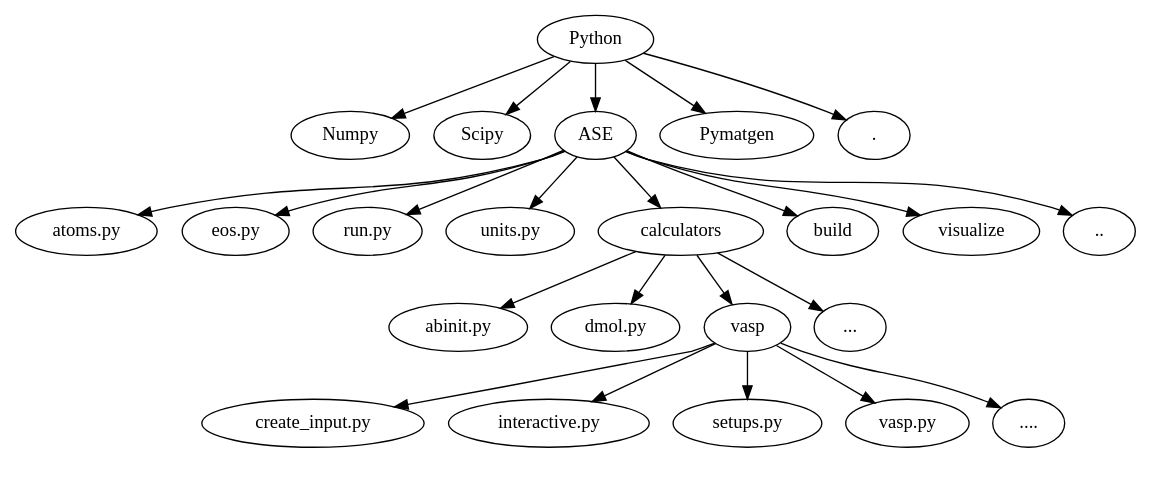
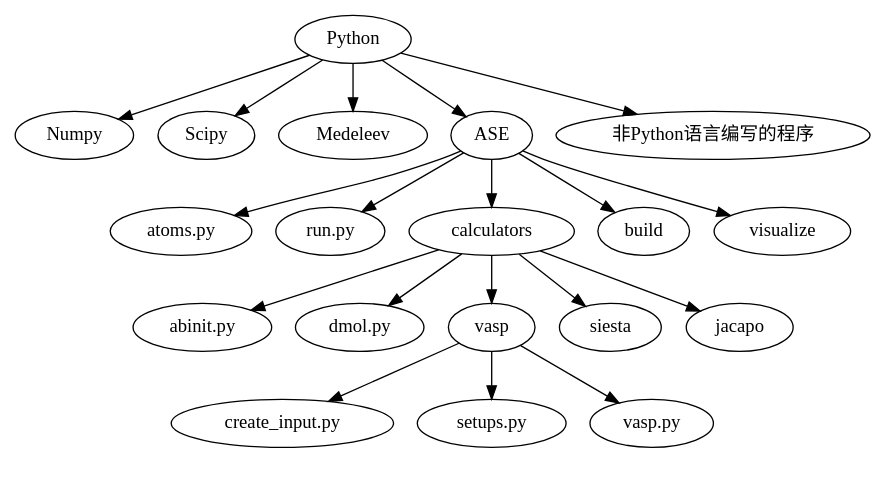
Before and after one commit to tingfengliu/ldr: the diagram in Doing/data/python_tree.dot, drawn with Graphviz. The commit also changed 2 other files, not shown here.

```diff
--- a/Doing/data/python_tree.dot
+++ b/Doing/data/python_tree.dot
@@ -1,30 +1,26 @@
 digraph python_tree{  //指定图的类型和名字
  
     Python -> Numpy;  //创建节点和边线
     Python -> Scipy;
+    Python -> Medeleev;
     Python -> ASE    
-    Python -> Pymatgen;
-    Python -> ".";
+    Python -> "非Python语言编写的程序";
 
     ASE -> "atoms.py";
-    ASE -> "eos.py";    
     ASE -> "run.py";
-    ASE -> "units.py";
     ASE -> "calculators";    
     ASE -> "build";
     ASE -> "visualize";
-    ASE -> "..";
 
     calculators -> "abinit.py";
     calculators -> "dmol.py";
     calculators -> "vasp";
-    calculators -> "...";
+    calculators -> "siesta";
+    calculators -> "jacapo";
 
     vasp -> "create_input.py";
-    vasp -> "interactive.py";
     vasp -> "setups.py";
     vasp -> "vasp.py";
-    vasp -> "....";
     
     label = " "   
      }
```
